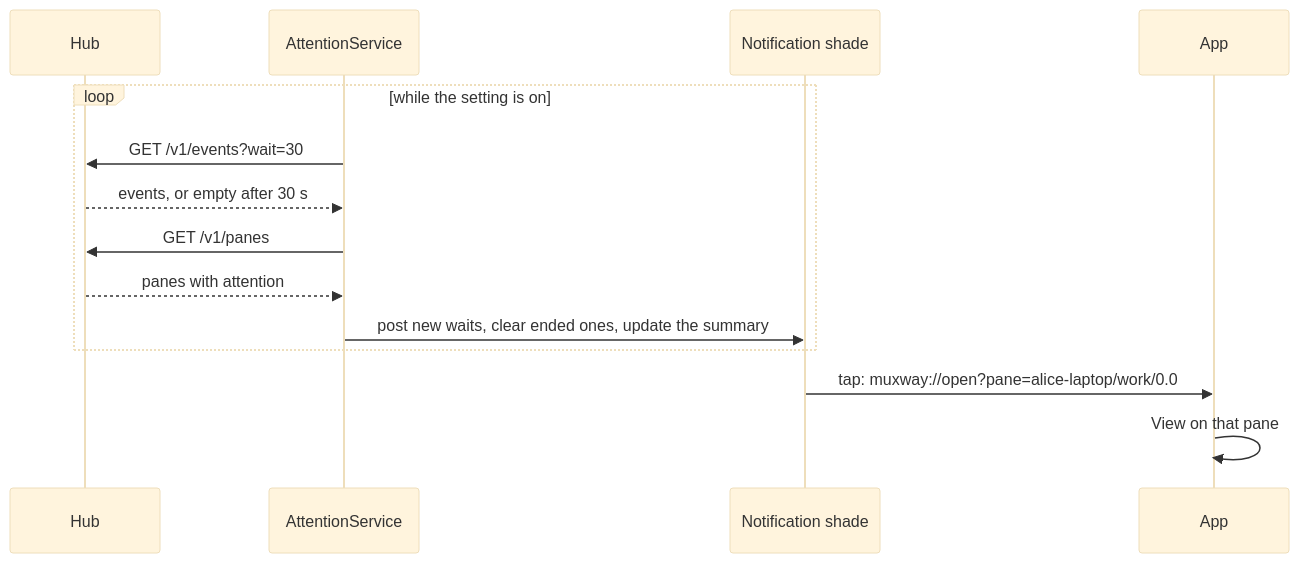
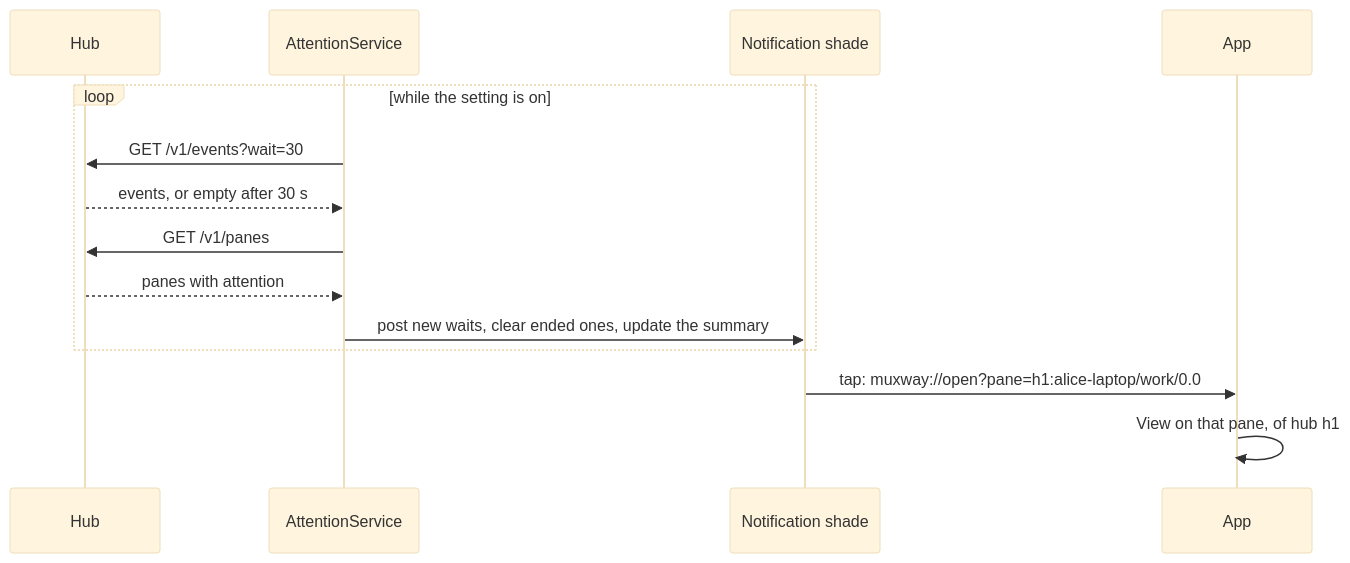
The diagram in docs/features/notifications.md (notmarkopadjen/muxway-android), drawn with Mermaid (base theme) before and after one commit. The commit also changed other lines of this file and 38 other files, not shown here.

````diff
--- a/docs/features/notifications.md
+++ b/docs/features/notifications.md
@@ -34,16 +34,16 @@
 ```mermaid
 sequenceDiagram
     participant H as Hub
     participant S as AttentionService
     participant N as Notification shade
     participant A as App
     loop while the setting is on
         S->>H: GET /v1/events?wait=30
         H-->>S: events, or empty after 30 s
         S->>H: GET /v1/panes
         H-->>S: panes with attention
         S->>N: post new waits, clear ended ones, update the summary
     end
-    N->>A: tap: muxway://open?pane=alice-laptop/work/0.0
-    A->>A: View on that pane
+    N->>A: tap: muxway://open?pane=h1:alice-laptop/work/0.0
+    A->>A: View on that pane, of hub h1
 ```
````
